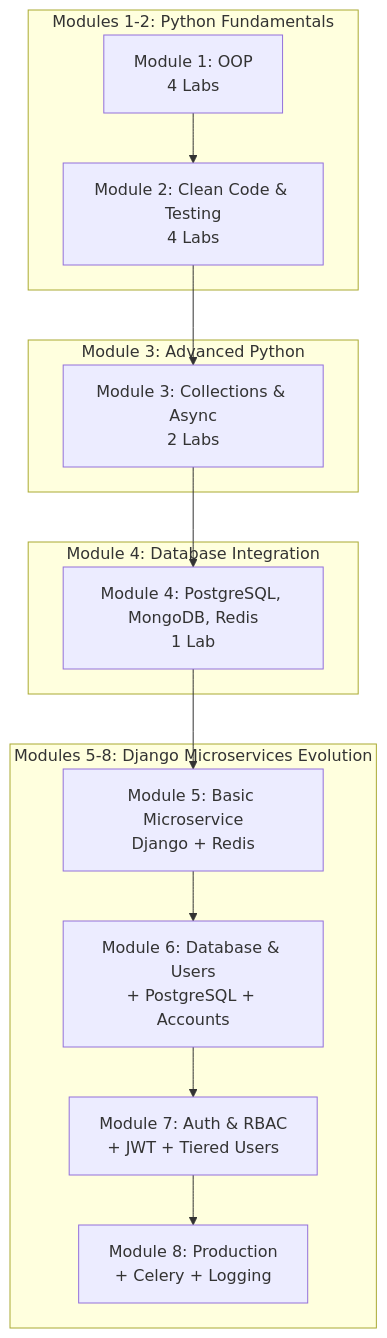
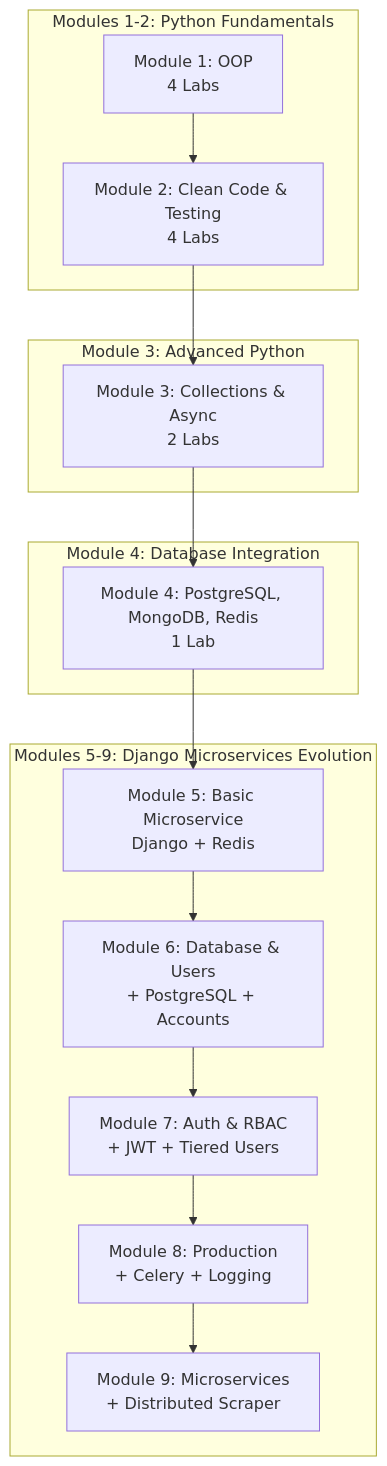
Before and after one commit to Ishimwediane/Labs: the first of 6 diagrams in README.md, drawn with Mermaid. The commit also changed other lines of this file, not shown here.

Commit message:
docs:updating readme for module9

````diff
--- a/README.md
+++ b/README.md
@@ -7,30 +7,32 @@
 ```mermaid
 graph TB
     subgraph "Modules 1-2: Python Fundamentals"
         M1[Module 1: OOP<br/>4 Labs]
         M2[Module 2: Clean Code & Testing<br/>4 Labs]
     end
     
     subgraph "Module 3: Advanced Python"
         M3[Module 3: Collections & Async<br/>2 Labs]
     end
     
     subgraph "Module 4: Database Integration"
         M4[Module 4: PostgreSQL, MongoDB, Redis<br/>1 Lab]
     end
     
-    subgraph "Modules 5-8: Django Microservices Evolution"
+    subgraph "Modules 5-9: Django Microservices Evolution"
         M5[Module 5: Basic Microservice<br/>Django + Redis]
         M6[Module 6: Database & Users<br/>+ PostgreSQL + Accounts]
         M7[Module 7: Auth & RBAC<br/>+ JWT + Tiered Users]
         M8[Module 8: Production<br/>+ Celery + Logging]
+        M9[Module 9: Microservices<br/>+ Distributed Scraper]
     end
     
     M1 --> M2
     M2 --> M3
     M3 --> M4
     M4 --> M5
     M5 --> M6
     M6 --> M7
     M7 --> M8
+    M8 --> M9
 ```
````
